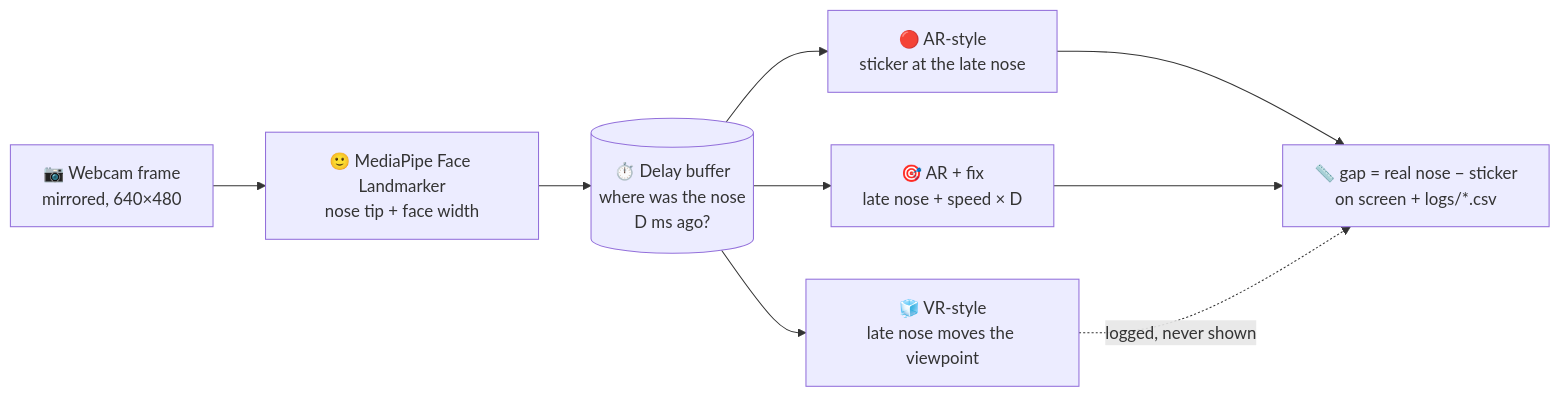
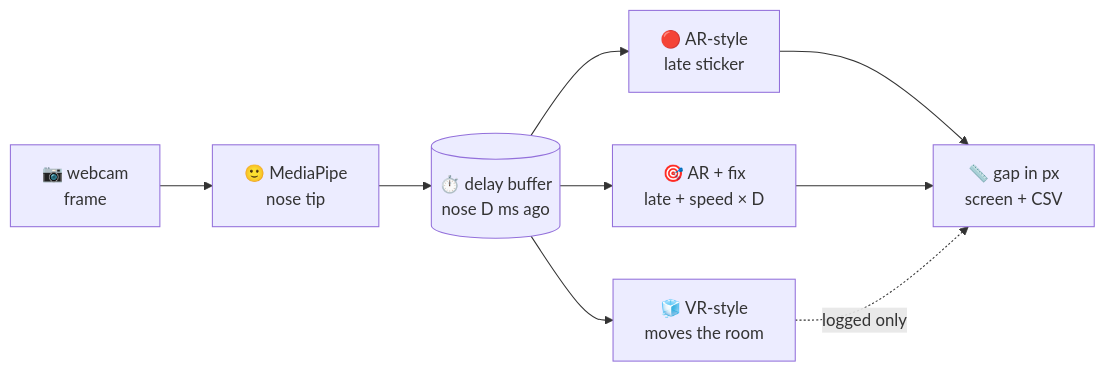
One commit to 06pratyush/delay_lab changed the second of 3 diagrams in README.md. Above: the diagram before and after it, drawn with Mermaid. The commit also changed other lines of this file, not shown here.

Commit message:
docs: shorter Mermaid labels so the diagrams render larger

````diff
--- a/README.md
+++ b/README.md
@@ -151,11 +151,11 @@
 ```mermaid
 flowchart LR
-    A["📷 Webcam frame<br/>mirrored, 640×480"] --> B["🙂 MediaPipe Face Landmarker<br/>nose tip + face width"]
-    B --> C[("⏱️ Delay buffer<br/>where was the nose<br/>D ms ago?")]
-    C --> V["🧊 VR-style<br/>late nose moves the viewpoint"]
-    C --> AR["🔴 AR-style<br/>sticker at the late nose"]
-    C --> F["🎯 AR + fix<br/>late nose + speed × D"]
-    AR --> G["📏 gap = real nose − sticker<br/>on screen + logs/*.csv"]
+    A["📷 webcam<br/>frame"] --> B["🙂 MediaPipe<br/>nose tip"]
+    B --> C[("⏱️ delay buffer<br/>nose D ms ago")]
+    C --> V["🧊 VR-style<br/>moves the room"]
+    C --> AR["🔴 AR-style<br/>late sticker"]
+    C --> F["🎯 AR + fix<br/>late + speed × D"]
+    AR --> G["📏 gap in px<br/>screen + CSV"]
     F --> G
-    V -. "logged, never shown" .-> G
+    V -. "logged only" .-> G
 ```
````
